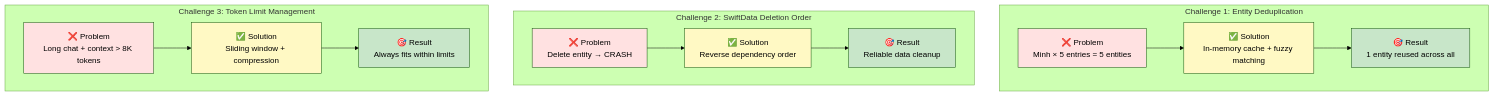
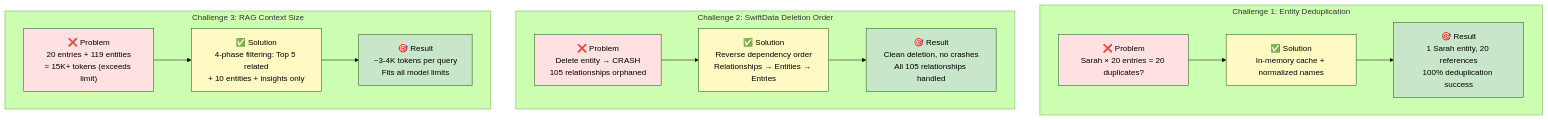
Before and after one commit to phuc-nt/kioku-ios: diagram 11 of 14 in docs/99_lesson/PRESENTATION_SLIDES.md, drawn with Mermaid (forest theme). The commit also changed other lines of this file, not shown here.

First line of the commit message:
docs: complete presentation slides update with all real demo data

````diff
--- a/docs/99_lesson/PRESENTATION_SLIDES.md
+++ b/docs/99_lesson/PRESENTATION_SLIDES.md
@@ -621,33 +647,33 @@
 ```mermaid
 graph TD
     subgraph Challenge1["Challenge 1: Entity Deduplication"]
-        C1Problem["❌ Problem<br/>Minh × 5 entries = 5 entities"]
-        C1Solution["✅ Solution<br/>In-memory cache + fuzzy matching"]
-        C1Result["🎯 Result<br/>1 entity reused across all"]
+        C1Problem["❌ Problem<br/>Sarah × 20 entries = 20 duplicates?"]
+        C1Solution["✅ Solution<br/>In-memory cache + normalized names"]
+        C1Result["🎯 Result<br/>1 Sarah entity, 20 references<br/>100% deduplication success"]
         C1Problem --> C1Solution --> C1Result
     end
 
     subgraph Challenge2["Challenge 2: SwiftData Deletion Order"]
-        C2Problem["❌ Problem<br/>Delete entity → CRASH"]
-        C2Solution["✅ Solution<br/>Reverse dependency order"]
-        C2Result["🎯 Result<br/>Reliable data cleanup"]
+        C2Problem["❌ Problem<br/>Delete entity → CRASH<br/>105 relationships orphaned"]
+        C2Solution["✅ Solution<br/>Reverse dependency order<br/>Relationships → Entities → Entries"]
+        C2Result["🎯 Result<br/>Clean deletion, no crashes<br/>All 105 relationships handled"]
         C2Problem --> C2Solution --> C2Result
     end
 
-    subgraph Challenge3["Challenge 3: Token Limit Management"]
-        C3Problem["❌ Problem<br/>Long chat + context > 8K tokens"]
-        C3Solution["✅ Solution<br/>Sliding window + compression"]
-        C3Result["🎯 Result<br/>Always fits within limits"]
+    subgraph Challenge3["Challenge 3: RAG Context Size"]
+        C3Problem["❌ Problem<br/>20 entries + 119 entities<br/>= 15K+ tokens (exceeds limit)"]
+        C3Solution["✅ Solution<br/>4-phase filtering: Top 5 related<br/>+ 10 entities + insights only"]
+        C3Result["🎯 Result<br/>~3-4K tokens per query<br/>Fits all model limits"]
         C3Problem --> C3Solution --> C3Result
     end
 
     style C1Problem fill:#ffe1e1
     style C2Problem fill:#ffe1e1
     style C3Problem fill:#ffe1e1
     style C1Solution fill:#fff9c4
     style C2Solution fill:#fff9c4
     style C3Solution fill:#fff9c4
     style C1Result fill:#c8e6c9
     style C2Result fill:#c8e6c9
     style C3Result fill:#c8e6c9
 ```
````
